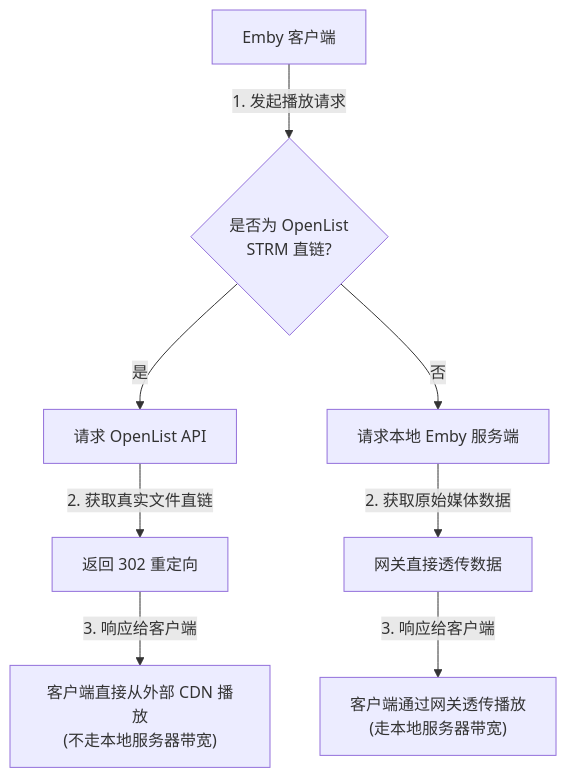
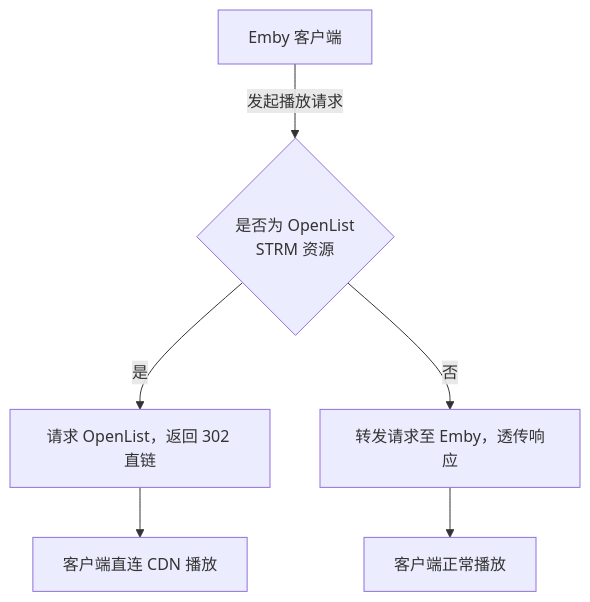
One commit to qvshuo/Emby302Gateway changed the diagram in README.md. Above: the diagram before and after it, drawn with Mermaid.

Commit message:
Update flowchart for Emby client playback process

````diff
--- a/README.md
+++ b/README.md
@@ -7,12 +7,10 @@
 ```mermaid
 flowchart TD
-    Client["Emby 客户端"] -->|1. 发起播放请求| Gateway{"是否为 OpenList<br/>STRM 直链?"}
-    
-    Gateway -->|是| ApiOpenList["请求 OpenList API"]
-    ApiOpenList -->|2. 获取真实文件直链| Http302["返回 302 重定向"]
-    Http302 -->|3. 响应给客户端| PlayCDN["客户端直接从外部 CDN 播放<br/>(不走本地服务器带宽)"]
-    
-    Gateway -->|否| ApiEmby["请求本地 Emby 服务端"]
-    ApiEmby -->|2. 获取原始媒体数据| ProxyData["网关直接透传数据"]
-    ProxyData -->|3. 响应给客户端| PlayLocal["客户端通过网关透传播放<br/>(走本地服务器带宽)"]
+    Client["Emby 客户端"] -->|发起播放请求| Gateway{"是否为 OpenList<br/>STRM 资源"}
+
+    Gateway -->|是| Redirect["请求 OpenList，返回 302 直链"]
+    Redirect --> ClientDirect["客户端直连 CDN 播放"]
+
+    Gateway -->|否| Proxy["转发请求至 Emby，透传响应"]
+    Proxy --> ClientProxy["客户端正常播放"]
 ```
````
